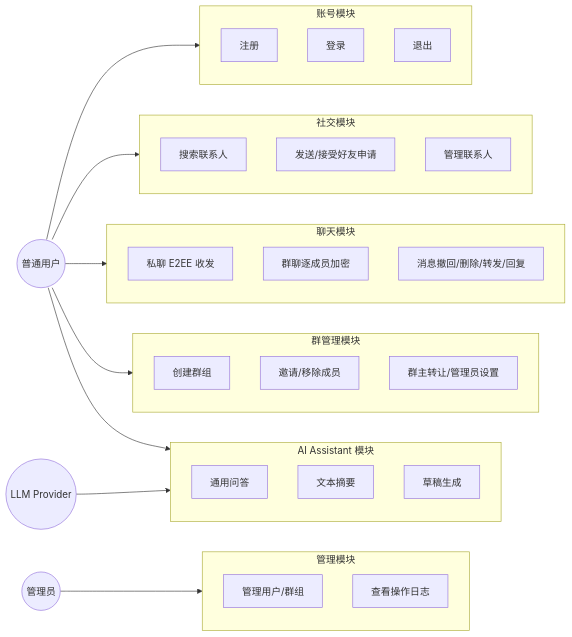
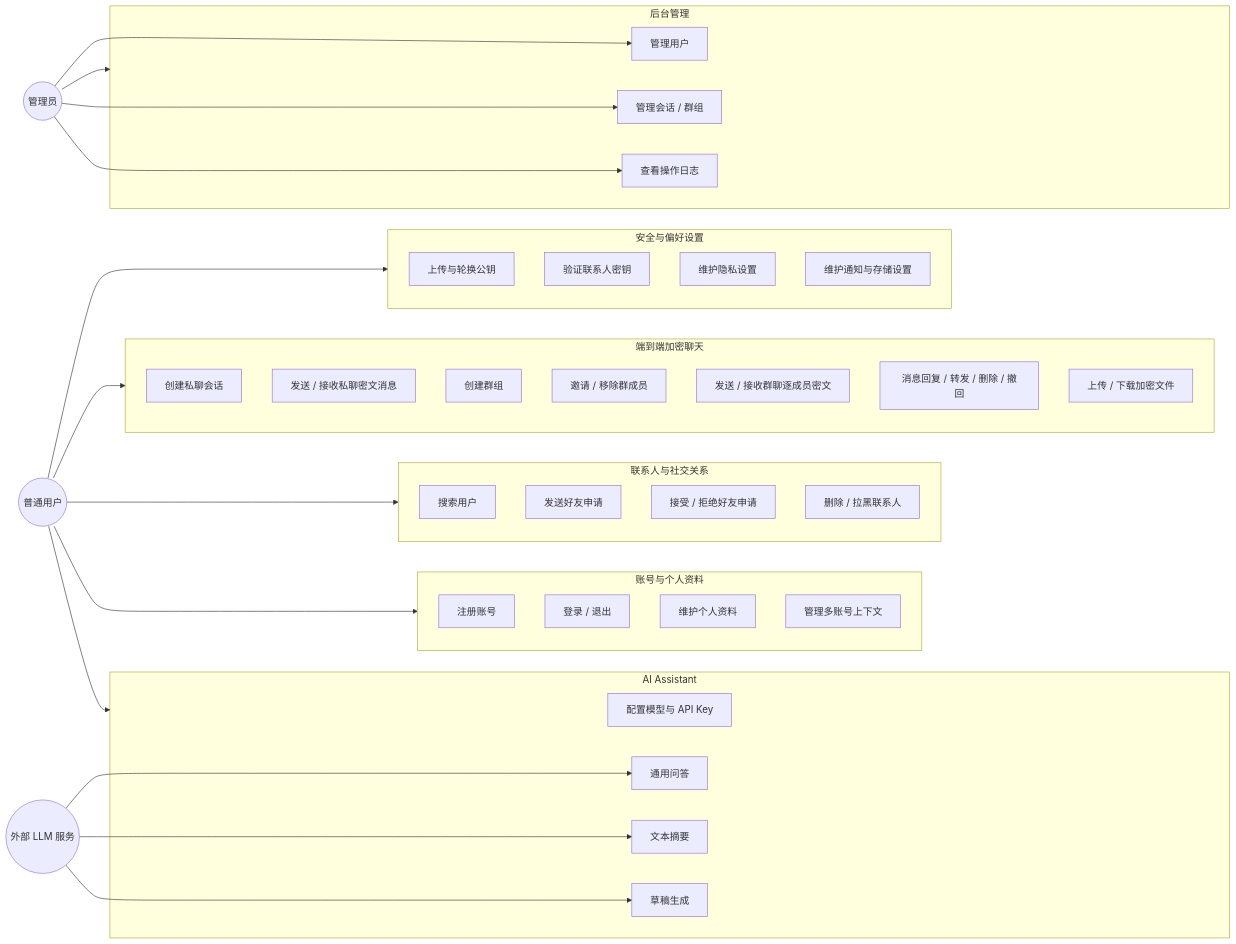
One commit to HeanX/iChat_Pro changed the first of 10 diagrams in docs/iChat Pro UML 与架构图交付文档.md. Above: the diagram before and after it, drawn with Mermaid. The commit also changed other lines of this file and 22 other files, not shown here.

````diff
--- a/docs/iChat Pro UML 与架构图交付文档.md
+++ b/docs/iChat Pro UML 与架构图交付文档.md
@@ -17,47 +34,65 @@
 ```mermaid
-graph LR
-    U((普通用户)) --> 账号模块
-    U --> 社交模块
-    U --> 聊天模块
-    U --> 群管理模块
-    U --> AI模块
+flowchart LR
+    User((普通用户))
+    Admin((管理员))
+    LLM((外部 LLM 服务))
 
-    Admin((管理员)) --> 管理模块
-
-    Qwen((LLM Provider)) --> AI模块
-
-    subgraph 账号模块
-        UC1[注册]
-        UC2[登录]
-        UC3[退出]
+    subgraph Account["账号与个人资料"]
+        UC01["注册账号"]
+        UC02["登录 / 退出"]
+        UC03["维护个人资料"]
+        UC04["管理多账号上下文"]
     end
 
-    subgraph 社交模块
-        UC4[搜索联系人]
-        UC5[发送/接受好友申请]
-        UC6[管理联系人]
+    subgraph Contact["联系人与社交关系"]
+        UC05["搜索用户"]
+        UC06["发送好友申请"]
+        UC07["接受 / 拒绝好友申请"]
+        UC08["删除 / 拉黑联系人"]
     end
 
-    subgraph 聊天模块
-        UC7[私聊 E2EE 收发]
-        UC8[群聊逐成员加密]
-        UC9[消息撤回/删除/转发/回复]
+    subgraph Chat["端到端加密聊天"]
+        UC09["创建私聊会话"]
+        UC10["发送 / 接收私聊密文消息"]
+        UC11["创建群组"]
+        UC12["邀请 / 移除群成员"]
+        UC13["发送 / 接收群聊逐成员密文"]
+        UC14["消息回复 / 转发 / 删除 / 撤回"]
+        UC15["上传 / 下载加密文件"]
     end
 
-    subgraph 群管理模块
-        UC10[创建群组]
-        UC11[邀请/移除成员]
-        UC12[群主转让/管理员设置]
+    subgraph Settings["安全与偏好设置"]
+        UC16["上传与轮换公钥"]
+        UC17["验证联系人密钥"]
+        UC18["维护隐私设置"]
+        UC19["维护通知与存储设置"]
     end
 
-    subgraph AI模块[AI Assistant 模块]
-        UC13[通用问答]
-        UC14[文本摘要]
-        UC15[草稿生成]
+    subgraph AI["AI Assistant"]
+        UC20["配置模型与 API Key"]
+        UC21["通用问答"]
+        UC22["文本摘要"]
+        UC23["草稿生成"]
     end
 
-    subgraph 管理模块
-        UC16[管理用户/群组]
-        UC17[查看操作日志]
+    subgraph Manage["后台管理"]
+        UC24["管理用户"]
+        UC25["管理会话 / 群组"]
+        UC26["查看操作日志"]
     end
+
+    User --> Account
+    User --> Contact
+    User --> Chat
+    User --> Settings
+    User --> AI
+
+    Admin --> Manage
+    Admin --> UC24
+    Admin --> UC25
+    Admin --> UC26
+
+    LLM --> UC21
+    LLM --> UC22
+    LLM --> UC23
 ```
````
